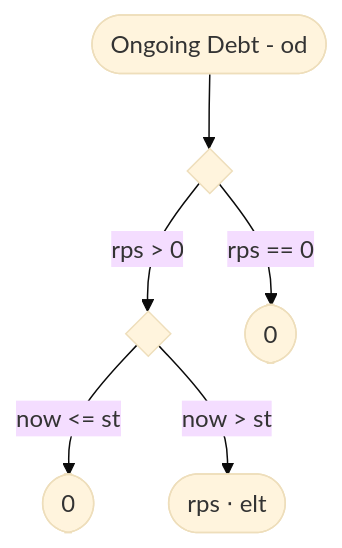
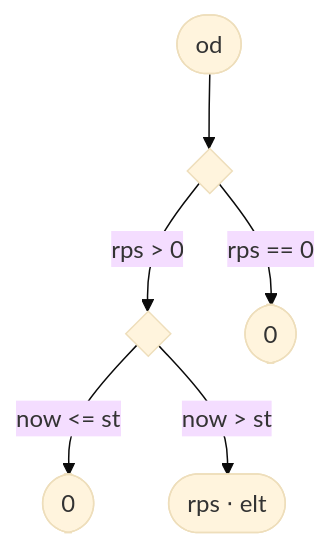
Before and after one commit to sablier-labs/docs: the sixth of 9 diagrams in docs/reference/flow/01-diagrams.md, drawn with Mermaid (base theme). The commit also changed other lines of this file and 7 other files, not shown here.

First line of the commit message:
feat: sequence diagrams (#200)

````diff
--- a/docs/reference/flow/01-diagrams.md
+++ b/docs/reference/flow/01-diagrams.md
@@ -47,15 +115,15 @@
 ```mermaid
 flowchart TD
-rca([Ongoing Debt - od])
+rca([od])
 di0{ }
 di1{ }
 res_00([0 ])
 res_01([0 ])
 res_rca(["rps &sdot; elt"])
 
 rca --> di0
 di0 -- "rps > 0" --> di1
 di0 -- "rps == 0" --> res_00
 di1 -- "now <= st" --> res_01
 di1 -- "now > st" --> res_rca
 ```
````
